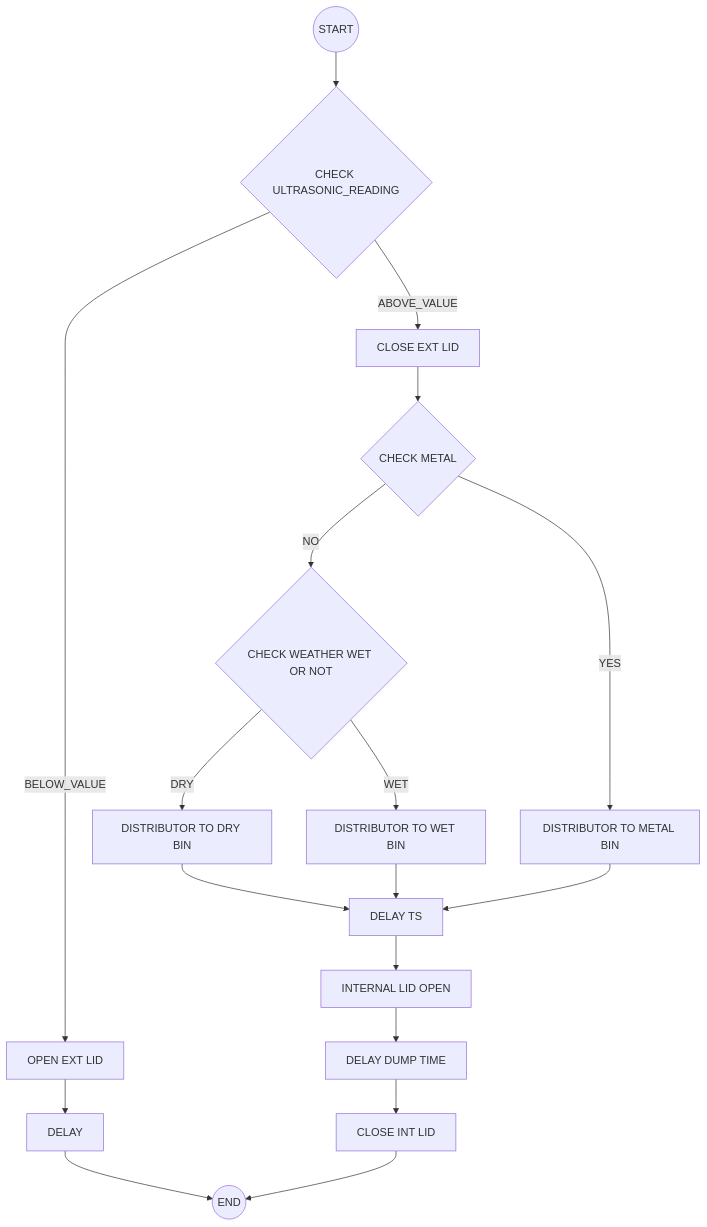
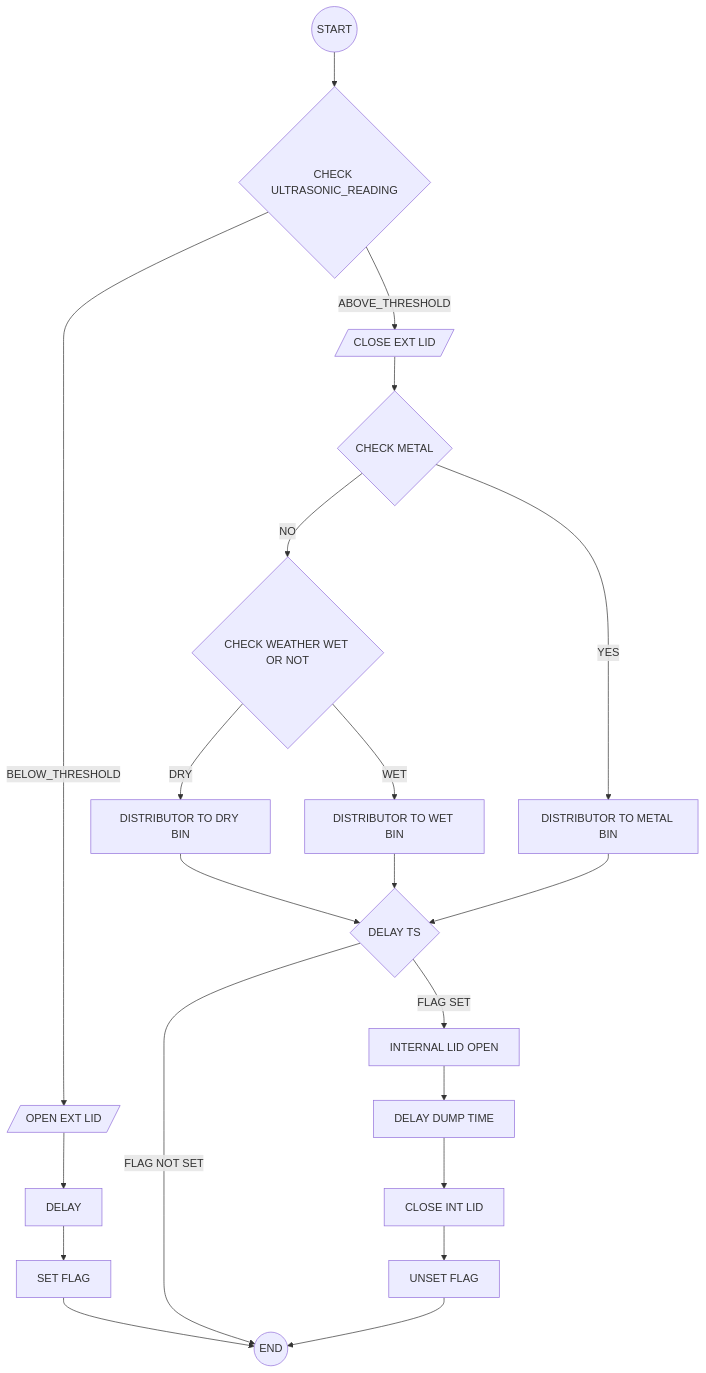
Before and after one commit to Arun-jyothish/Waste_categorize: the diagram in README.md, drawn with Mermaid.

Commit message:
README UPDATE 2

```diff
--- a/README.md
+++ b/README.md
@@ -3,21 +3,24 @@
 ~~~mermaid
 graph TD 
 A((START)) --> B{CHECK ULTRASONIC_READING}
 E-->D1[DELAY]
-B--BELOW_VALUE-->E[OPEN EXT LID]
-D1-->STOP((END))
-B --ABOVE_VALUE-->D[CLOSE EXT LID]
+B--BELOW_THRESHOLD-->E[/OPEN EXT LID/]
+D1-->FL[SET FLAG]
+FL-->STOP((END))
+B --ABOVE_THRESHOLD-->D[/CLOSE EXT LID/]
 D-->CH{CHECK METAL}
 CH--YES-->Z1[DISTRIBUTOR TO METAL BIN]
 CH--NO-->Z2{CHECK WEATHER WET OR NOT}
 Z2--WET-->Z3[DISTRIBUTOR TO WET BIN]
 Z2--DRY-->Z4[DISTRIBUTOR TO DRY BIN]
-Z4-->DL[DELAY TS]
+Z4-->DL{DELAY TS}
 Z3-->DL
 Z1-->DL
-DL-->INT[INTERNAL LID OPEN]
+DL--FLAG NOT SET-->STOP
+DL--FLAG SET-->INT[INTERNAL LID OPEN]
 INT-->DL2[DELAY DUMP TIME]
 DL2-->CL2[CLOSE INT LID]
-CL2-->STOP
+CL2-->FL2[UNSET FLAG]
+FL2-->STOP
 
 ~~~
```
